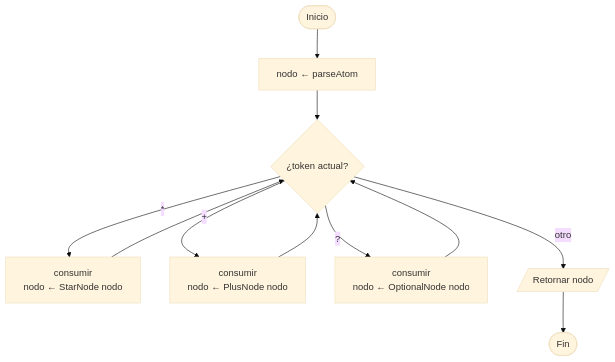
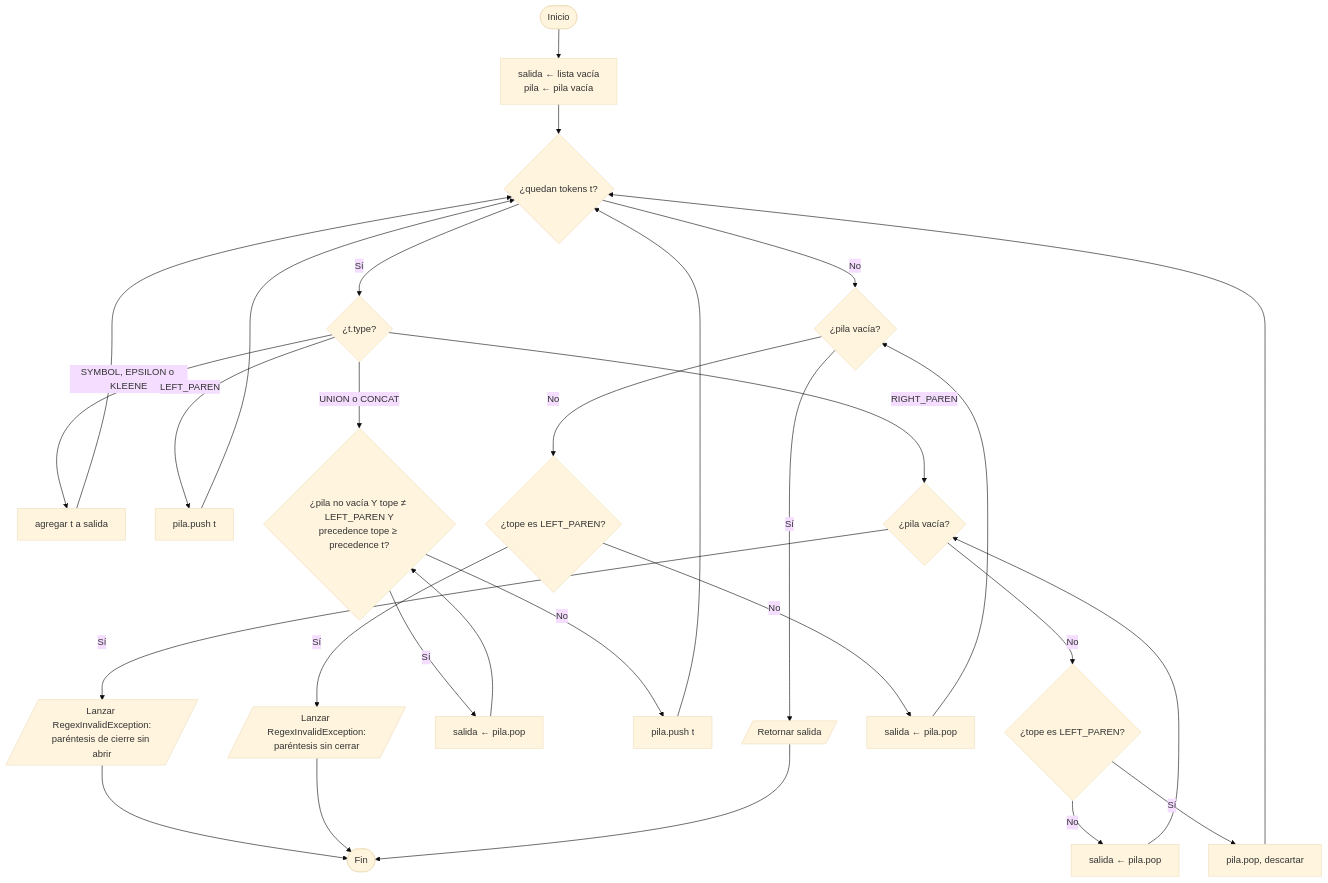
One commit to Leosanlo30/RegEx-to-DFA-Visualizer changed the third of 4 diagrams in docs/diagramas/02-parser.md. Above: the diagram before and after it, drawn with Mermaid (base theme). The commit also changed other lines of this file and 10 other files, not shown here.

Commit message:
docs: alinear diagramas de flujo con UML.md y REQUIREMENTS.md

````diff
--- a/docs/diagramas/02-parser.md
+++ b/docs/diagramas/02-parser.md
@@ -57,13 +36,37 @@
 ```mermaid
 flowchart TD
-    A([Inicio]) --> B[nodo ← parseAtom]
-    B --> C{¿token actual?}
-    C -- "*" --> D[consumir<br/>nodo ← StarNode nodo]
-    C -- "+" --> E[consumir<br/>nodo ← PlusNode nodo]
-    C -- "?" --> F[consumir<br/>nodo ← OptionalNode nodo]
-    D --> C
+    A([Inicio]) --> B[salida ← lista vacía<br/>pila ← pila vacía]
+    B --> C{¿quedan tokens t?}
+    C -- Sí --> D{¿t.type?}
+
+    D -- SYMBOL, EPSILON o KLEENE --> E[agregar t a salida]
     E --> C
+
+    D -- LEFT_PAREN --> F[pila.push t]
     F --> C
-    C -- otro --> G[/Retornar nodo/]
-    G --> H([Fin])
+
+    D -- RIGHT_PAREN --> G{¿pila vacía?}
+    G -- Sí --> ERR1[/Lanzar RegexInvalidException:<br/>paréntesis de cierre sin abrir/]
+    G -- No --> H{¿tope es LEFT_PAREN?}
+    H -- No --> I[salida ← pila.pop]
+    I --> G
+    H -- Sí --> J[pila.pop, descartar]
+    J --> C
+
+    D -- UNION o CONCAT --> K{"¿pila no vacía Y tope ≠ LEFT_PAREN Y<br/>precedence tope ≥ precedence t?"}
+    K -- Sí --> L[salida ← pila.pop]
+    L --> K
+    K -- No --> M[pila.push t]
+    M --> C
+
+    C -- No --> N{¿pila vacía?}
+    N -- No --> O{¿tope es LEFT_PAREN?}
+    O -- Sí --> ERR2[/Lanzar RegexInvalidException:<br/>paréntesis sin cerrar/]
+    O -- No --> P[salida ← pila.pop]
+    P --> N
+    N -- Sí --> R[/Retornar salida/]
+
+    ERR1 --> Z([Fin])
+    ERR2 --> Z
+    R --> Z
 ```
````
